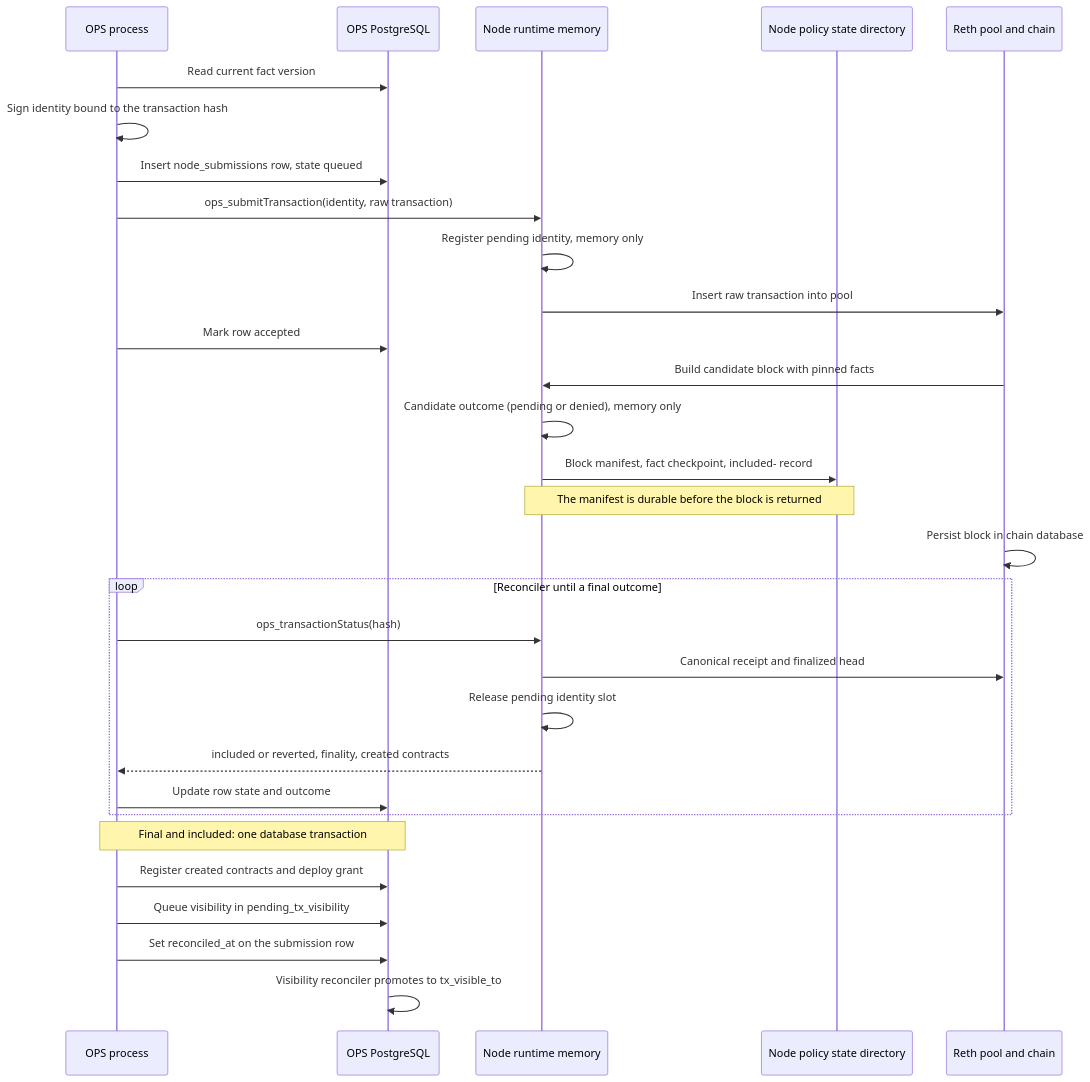
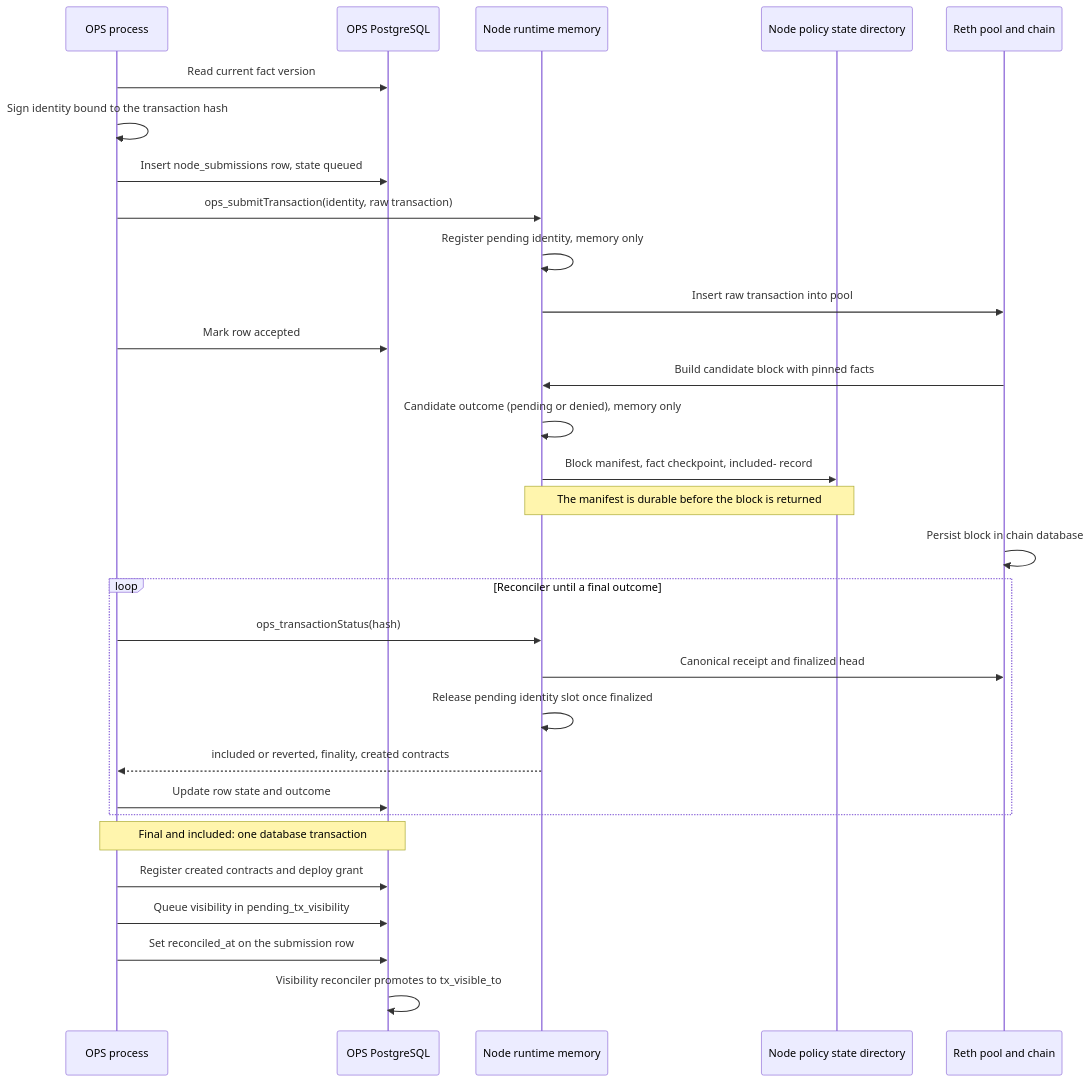
One commit to LFDT-Permissioned-Privacy-Control/permissioned-privacy-control changed the sixth of 6 diagrams in docs/architecture/reth-execution-flow.md. Above: the diagram before and after it, drawn with Mermaid. The commit also changed other lines of this file and 6 other files, not shown here.

First line of the commit message:
node(reth): release identity slots at finality and size capacity for it

````diff
--- a/docs/architecture/reth-execution-flow.md
+++ b/docs/architecture/reth-execution-flow.md
@@ -337,32 +337,32 @@
 ```mermaid
 sequenceDiagram
     participant OPS as OPS process
     participant DB as OPS PostgreSQL
     participant RT as Node runtime memory
     participant Dir as Node policy state directory
     participant Reth as Reth pool and chain
     OPS->>DB: Read current fact version
     OPS->>OPS: Sign identity bound to the transaction hash
     OPS->>DB: Insert node_submissions row, state queued
     OPS->>RT: ops_submitTransaction(identity, raw transaction)
     RT->>RT: Register pending identity, memory only
     RT->>Reth: Insert raw transaction into pool
     OPS->>DB: Mark row accepted
     Reth->>RT: Build candidate block with pinned facts
     RT->>RT: Candidate outcome (pending or denied), memory only
     RT->>Dir: Block manifest, fact checkpoint, included- record
     Note over RT,Dir: The manifest is durable before the block is returned
     Reth->>Reth: Persist block in chain database
     loop Reconciler until a final outcome
         OPS->>RT: ops_transactionStatus(hash)
         RT->>Reth: Canonical receipt and finalized head
-        RT->>RT: Release pending identity slot
+        RT->>RT: Release pending identity slot once finalized
         RT-->>OPS: included or reverted, finality, created contracts
         OPS->>DB: Update row state and outcome
     end
     Note over OPS,DB: Final and included: one database transaction
     OPS->>DB: Register created contracts and deploy grant
     OPS->>DB: Queue visibility in pending_tx_visibility
     OPS->>DB: Set reconciled_at on the submission row
     DB->>DB: Visibility reconciler promotes to tx_visible_to
 ```
````
